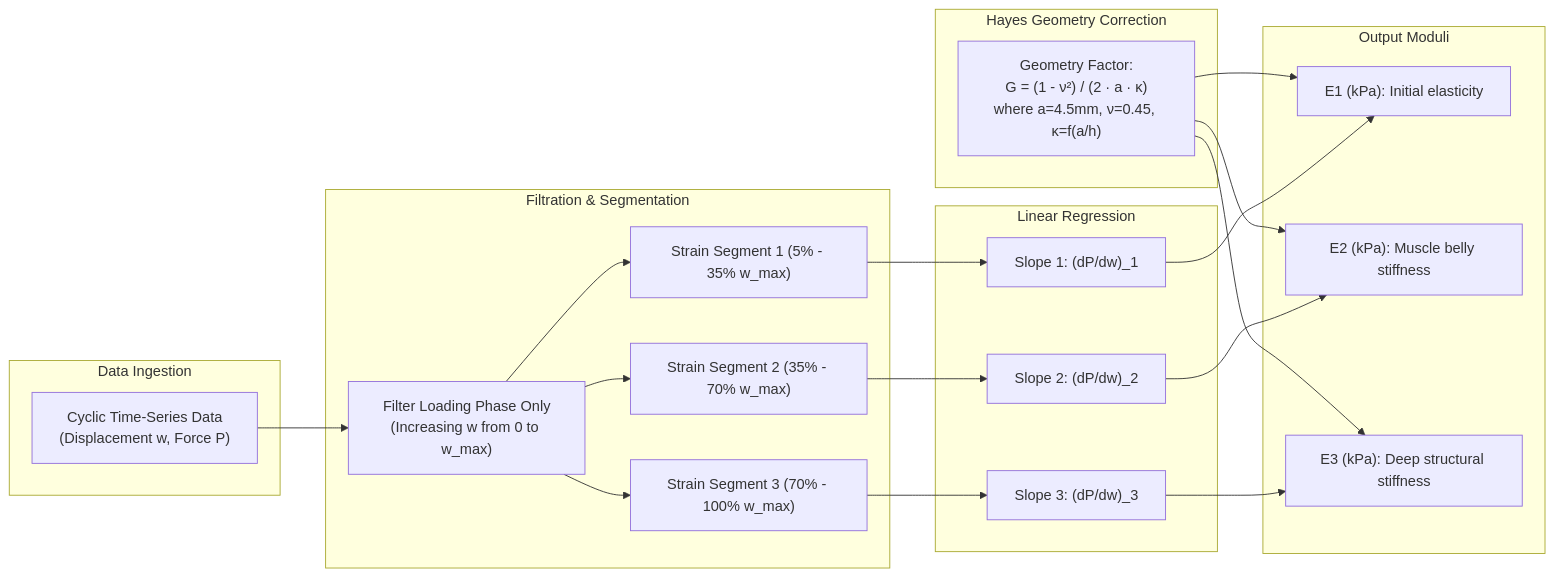
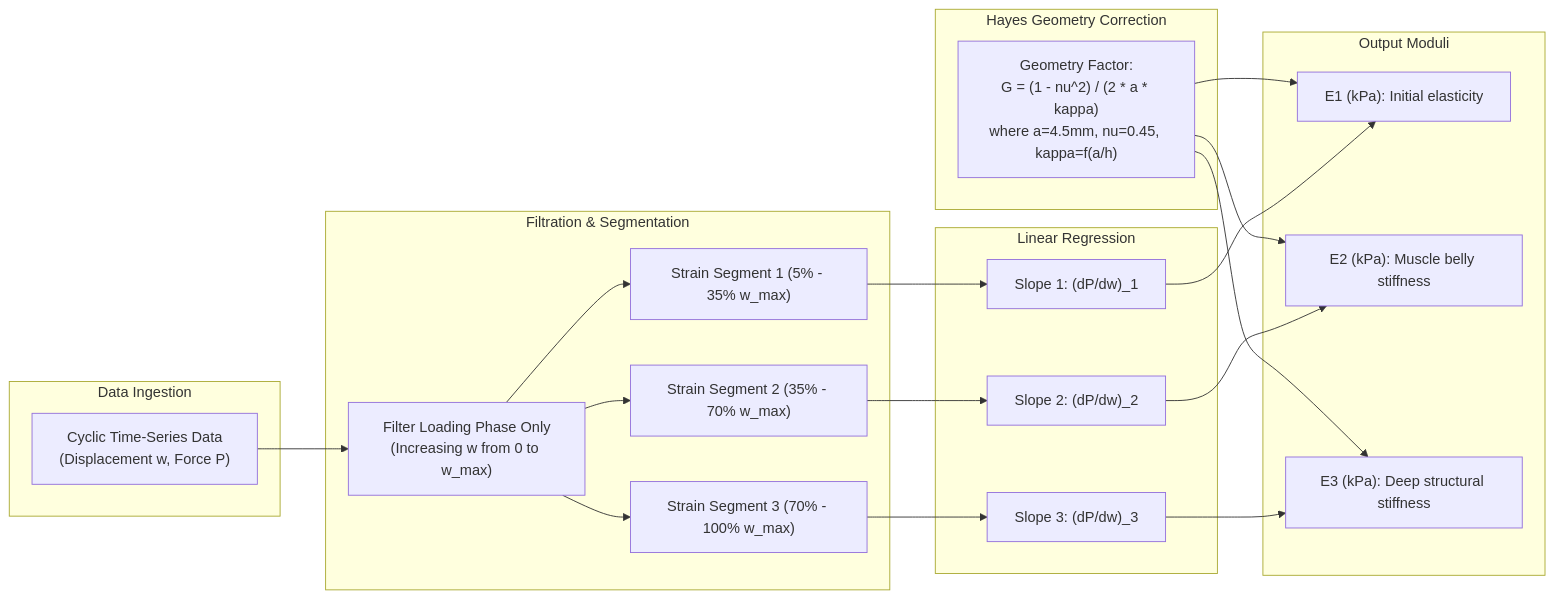
One commit to Corneliox/Indenter_LabView2Python changed the fifth of 6 diagrams in WORKFLOW.md. Above: the diagram before and after it, drawn with Mermaid. The commit also changed other lines of this file, not shown here.

Commit message:
Fix Mermaid diagram syntax for GitHub rendering

````diff
--- a/WORKFLOW.md
+++ b/WORKFLOW.md
@@ -164,42 +164,42 @@
 ```mermaid
 flowchart LR
     subgraph Data Ingestion
         Raw["Cyclic Time-Series Data<br/>(Displacement w, Force P)"]
     end
 
     subgraph Filtration & Segmentation
         Filter["Filter Loading Phase Only<br/>(Increasing w from 0 to w_max)"]
         Seg1["Strain Segment 1 (5% - 35% w_max)"]
         Seg2["Strain Segment 2 (35% - 70% w_max)"]
         Seg3["Strain Segment 3 (70% - 100% w_max)"]
     end
 
     subgraph Linear Regression
         Slope1["Slope 1: (dP/dw)_1"]
         Slope2["Slope 2: (dP/dw)_2"]
         Slope3["Slope 3: (dP/dw)_3"]
     end
 
     subgraph Hayes Geometry Correction
-        Correction["Geometry Factor:<br/>G = (1 - ν²) / (2 · a · κ)<br/>where a=4.5mm, ν=0.45, κ=f(a/h)"]
+        Correction["Geometry Factor:<br/>G = (1 - nu^2) / (2 * a * kappa)<br/>where a=4.5mm, nu=0.45, kappa=f(a/h)"]
     end
 
     subgraph Output Moduli
         E1["E1 (kPa): Initial elasticity"]
         E2["E2 (kPa): Muscle belly stiffness"]
         E3["E3 (kPa): Deep structural stiffness"]
     end
 
     Raw --> Filter
     Filter --> Seg1 --> Slope1
     Filter --> Seg2 --> Slope2
     Filter --> Seg3 --> Slope3
 
     Correction --> E1
     Correction --> E2
     Correction --> E3
 
     Slope1 --> E1
     Slope2 --> E2
     Slope3 --> E3
 ```
````
